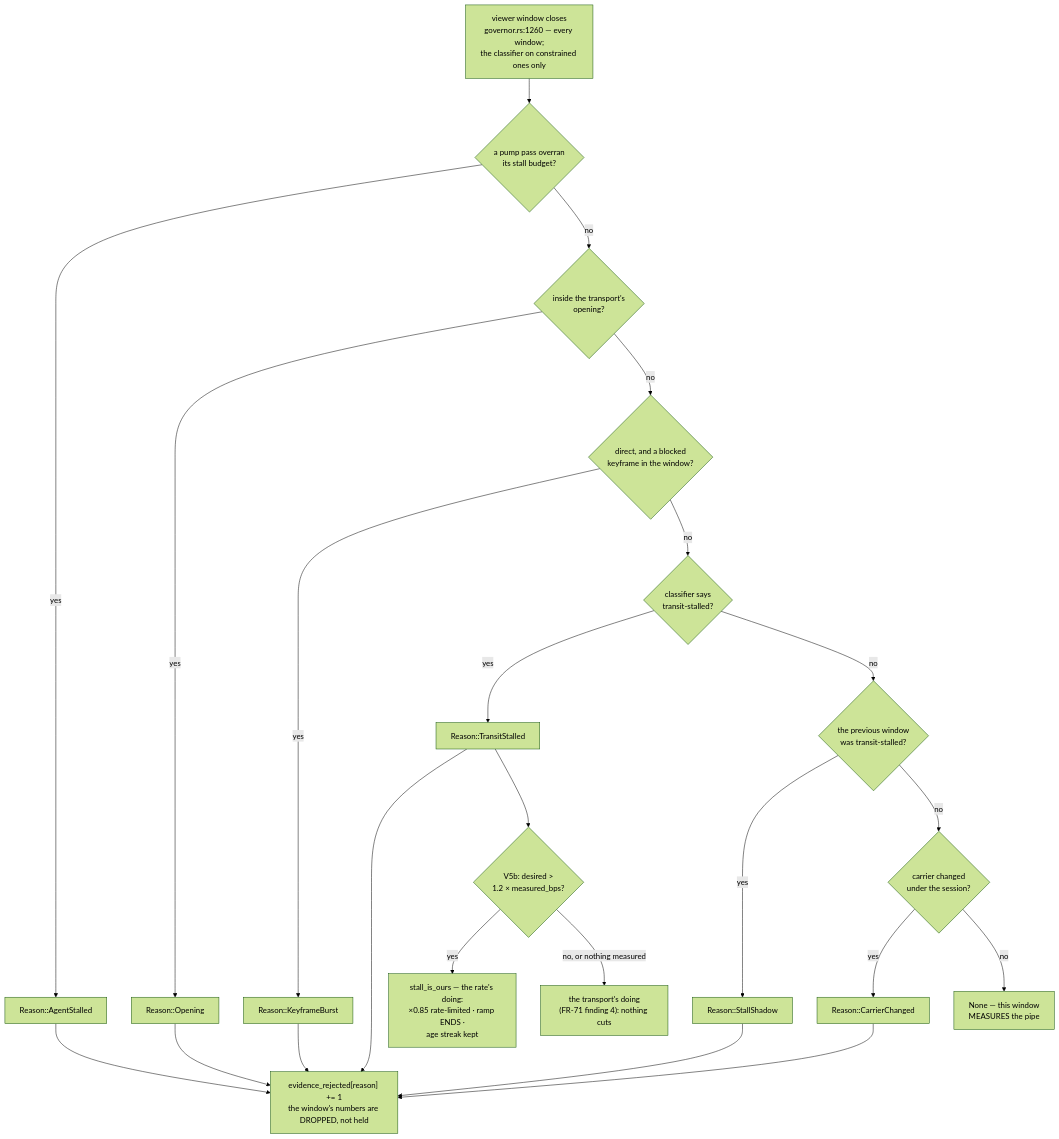
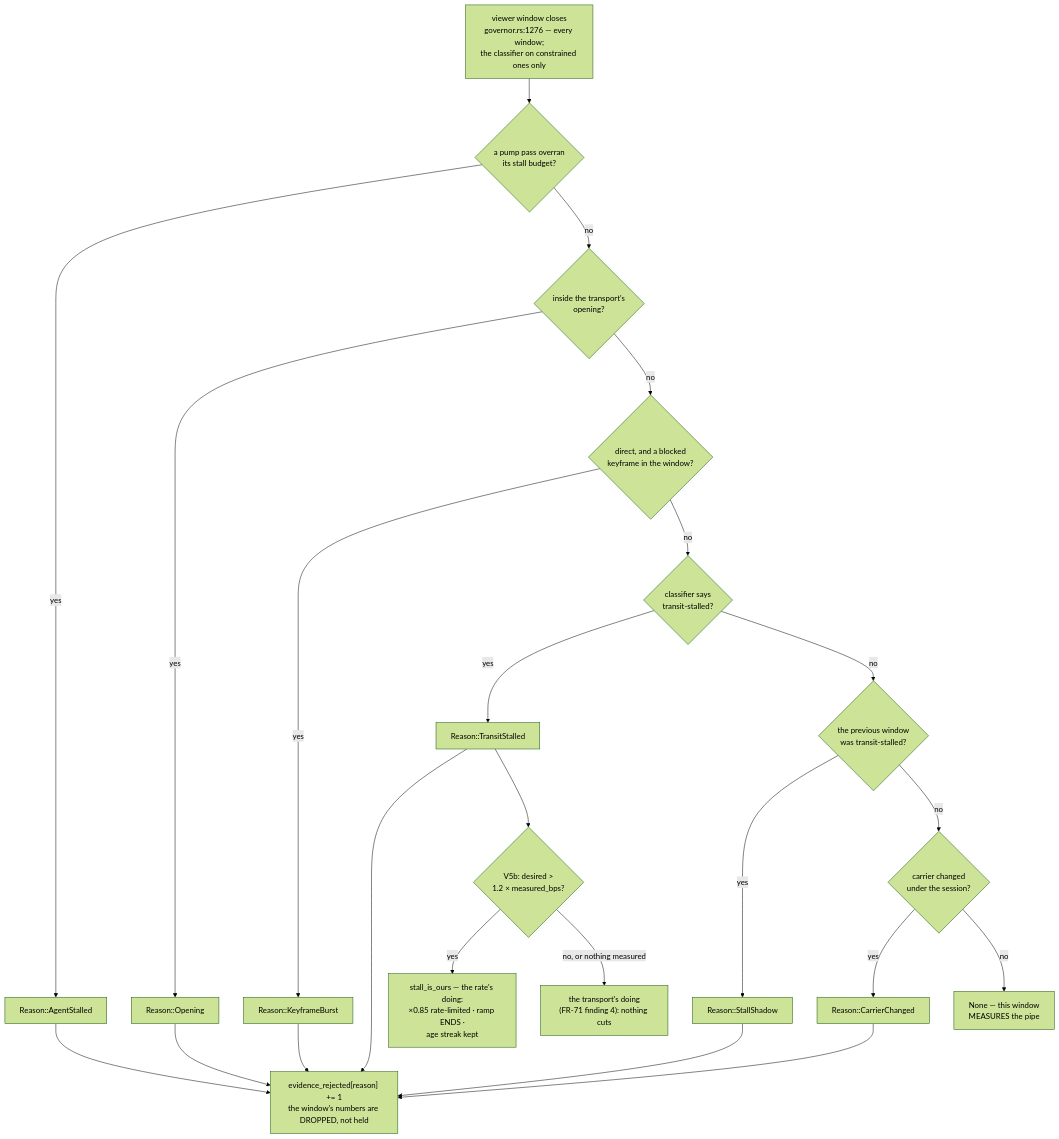
One commit to gjovanov/roomler-ai changed the first of 13 diagrams in docs/rate-control.md. Above: the diagram before and after it, drawn with Mermaid (forest theme). The commit also changed other lines of this file and 26 other files, not shown here.

````diff
--- a/docs/rate-control.md
+++ b/docs/rate-control.md
@@ -90,20 +90,20 @@
 ```mermaid
 flowchart TB
-    W["viewer window closes<br/>governor.rs:1260 — every window;<br/>the classifier on constrained ones only"] --> A{"a pump pass overran<br/>its stall budget?"}
+    W["viewer window closes<br/>governor.rs:1276 — every window;<br/>the classifier on constrained ones only"] --> A{"a pump pass overran<br/>its stall budget?"}
     A -- yes --> RA["Reason::AgentStalled"]
     A -- no --> O{"inside the transport's<br/>opening?"}
     O -- yes --> RO["Reason::Opening"]
     O -- no --> K{"direct, and a blocked<br/>keyframe in the window?"}
     K -- yes --> RK["Reason::KeyframeBurst"]
     K -- no --> T{"classifier says<br/>transit-stalled?"}
     T -- yes --> RT["Reason::TransitStalled"]
     T -- no --> S{"the previous window<br/>was transit-stalled?"}
     S -- yes --> RS["Reason::StallShadow"]
     S -- no --> C{"carrier changed<br/>under the session?"}
     C -- yes --> RC["Reason::CarrierChanged"]
     C -- no --> OK["None — this window<br/>MEASURES the pipe"]
     RA & RO & RK & RT & RS & RC --> REJ["evidence_rejected[reason] += 1<br/>the window's numbers are DROPPED, not held"]
     RT --> V5{"V5b: desired ><br/>1.2 × measured_bps?"}
     V5 -- yes --> OURS["stall_is_ours — the rate's doing:<br/>×0.85 rate-limited · ramp ENDS ·<br/>age streak kept"]
     V5 -- "no, or nothing measured" --> HOLD["the transport's doing<br/>(FR-71 finding 4): nothing cuts"]
 ```
````
